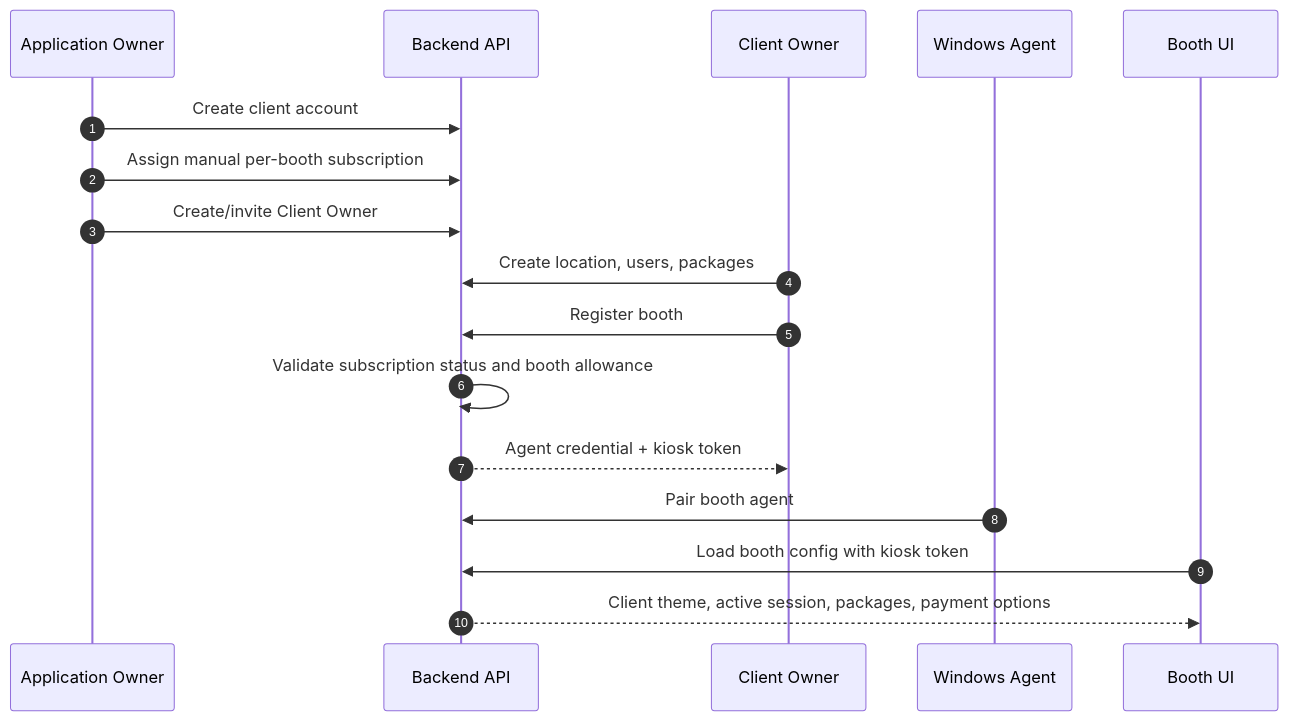
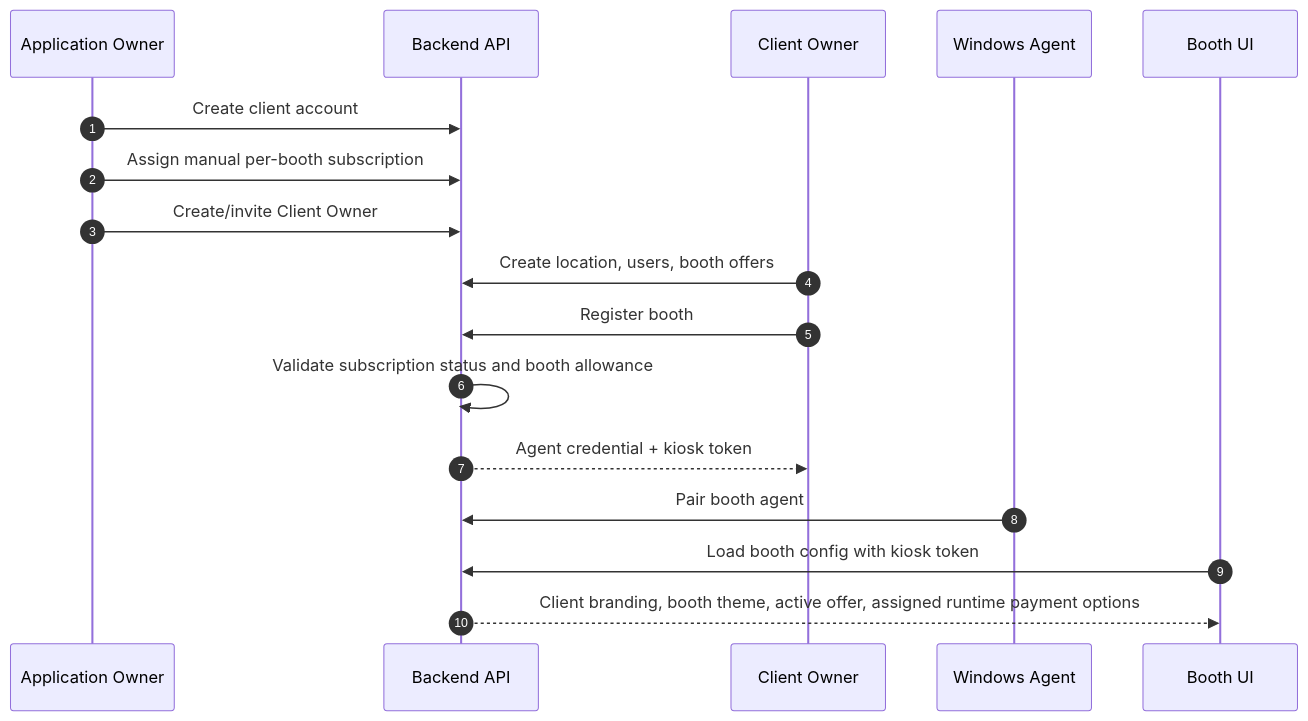
Before and after one commit to quinjan/PhotoBIZ: the second of 9 diagrams in docs/ARCHITECTURE.md, drawn with Mermaid. The commit also changed other lines of this file and 12 other files, not shown here.

````diff
--- a/docs/ARCHITECTURE.md
+++ b/docs/ARCHITECTURE.md
@@ -44,20 +44,20 @@
 ```mermaid
 sequenceDiagram
   autonumber
   participant AO as Application Owner
   participant API as Backend API
   participant CO as Client Owner
   participant A as Windows Agent
   participant B as Booth UI
 
   AO->>API: Create client account
   AO->>API: Assign manual per-booth subscription
   AO->>API: Create/invite Client Owner
-  CO->>API: Create location, users, packages
+  CO->>API: Create location, users, booth offers
   CO->>API: Register booth
   API->>API: Validate subscription status and booth allowance
   API-->>CO: Agent credential + kiosk token
   A->>API: Pair booth agent
   B->>API: Load booth config with kiosk token
-  API-->>B: Client theme, active session, packages, payment options
+  API-->>B: Client branding, booth theme, active offer, assigned runtime payment options
 ```
````
